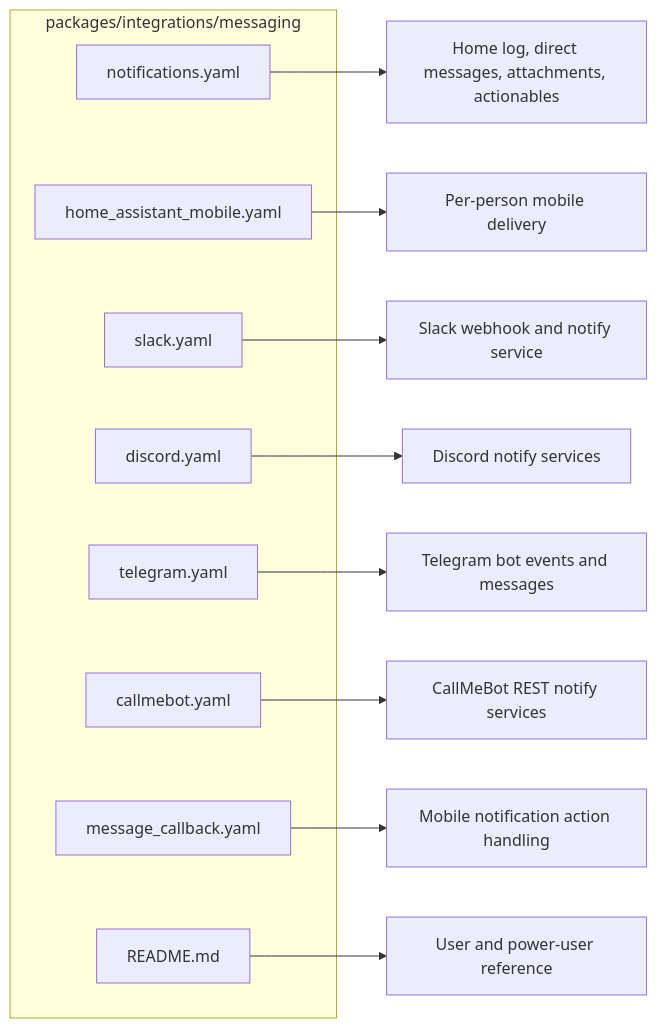
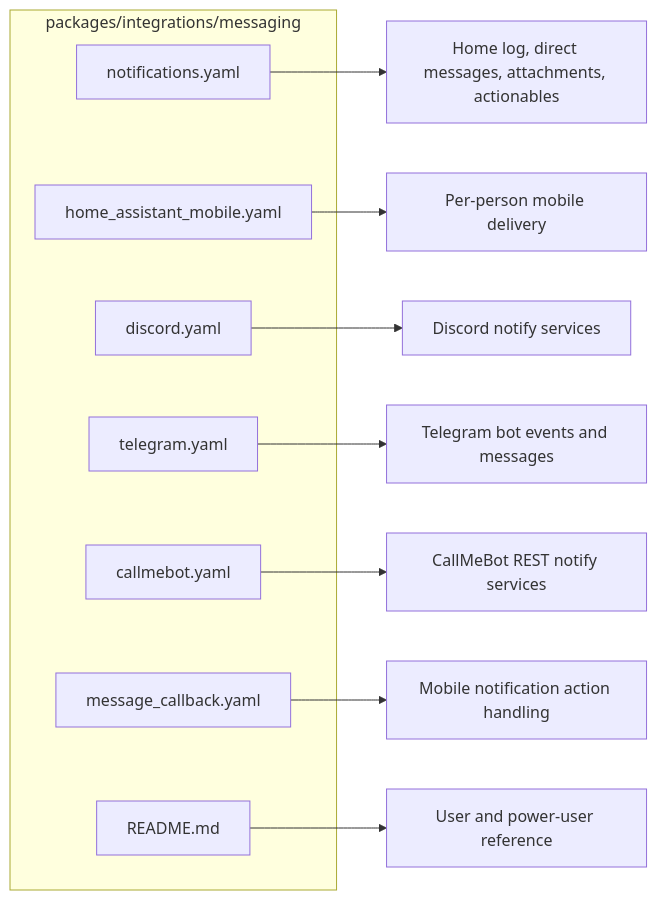
The second of 5 diagrams in packages/integrations/messaging/README.md (dannytsang/homeassistant-config), drawn with Mermaid before and after one commit. The commit also changed other lines of this file and 2 other files, not shown here.

Commit message:
Removed Slack integration.

````diff
--- a/packages/integrations/messaging/README.md
+++ b/packages/integrations/messaging/README.md
@@ -70,22 +67,20 @@
 ```mermaid
 flowchart LR
     subgraph MessagingFolder[packages/integrations/messaging]
         Notifications[notifications.yaml]
         Mobile[home_assistant_mobile.yaml]
-        Slack[slack.yaml]
         Discord[discord.yaml]
         Telegram[telegram.yaml]
         WhatsApp[callmebot.yaml]
         Callback[message_callback.yaml]
         Readme[README.md]
     end
 
     Notifications --> Orchestration[Home log, direct messages, attachments, actionables]
     Mobile --> MobileDelivery[Per-person mobile delivery]
-    Slack --> SlackDelivery[Slack webhook and notify service]
     Discord --> DiscordDelivery[Discord notify services]
     Telegram --> TelegramDelivery[Telegram bot events and messages]
     WhatsApp --> CallMeBot[CallMeBot REST notify services]
     Callback --> Actions[Mobile notification action handling]
     Readme --> Reference[User and power-user reference]
 ```
````
